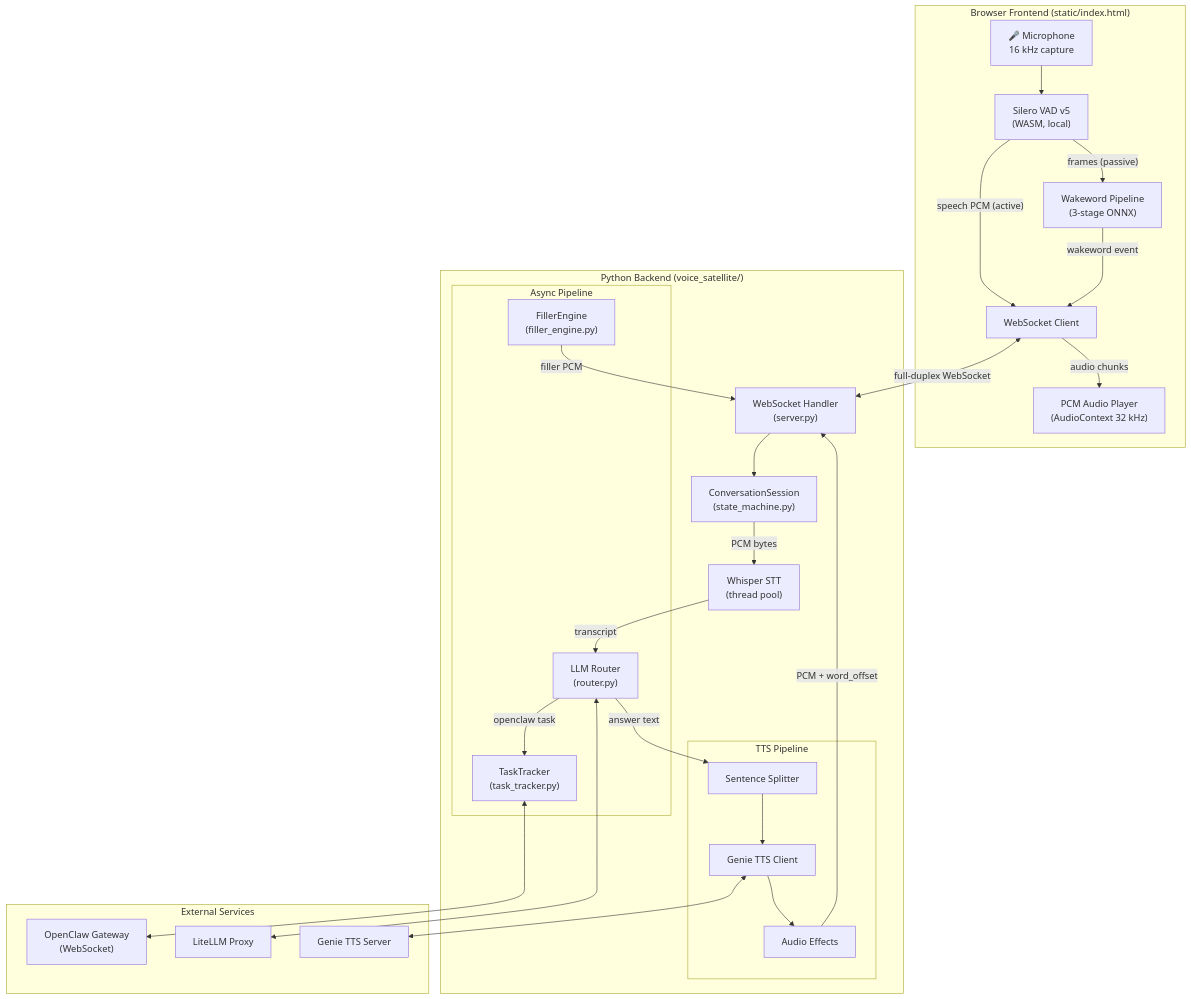
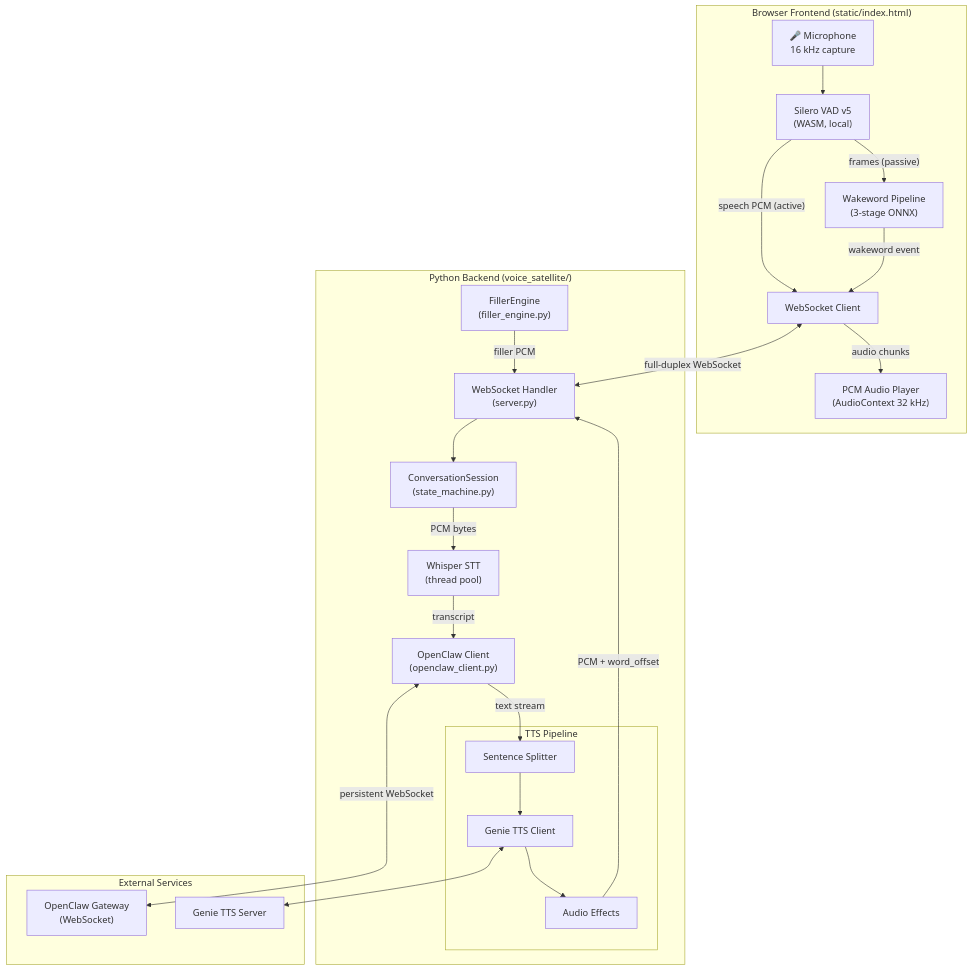
Before and after one commit to aiden-isaac/vocascade: the first of 3 diagrams in specs/001-voice-satellite-core/plan.md, drawn with Mermaid. The commit also changed other lines of this file and 7 other files, not shown here.

First line of the commit message:
docs: update specs for OpenClaw-only backend and Phase 8 tasks

````diff
--- a/specs/001-voice-satellite-core/plan.md
+++ b/specs/001-voice-satellite-core/plan.md
@@ -126,46 +119,40 @@
 ```mermaid
 flowchart TB
     subgraph Frontend["Browser Frontend (static/index.html)"]
         MIC["🎤 Microphone<br/>16 kHz capture"]
         VAD["Silero VAD v5<br/>(WASM, local)"]
         WW["Wakeword Pipeline<br/>(3-stage ONNX)"]
         PLAYER["PCM Audio Player<br/>(AudioContext 32 kHz)"]
         WS_C["WebSocket Client"]
         MIC --> VAD
         VAD -->|"frames (passive)"| WW
         VAD -->|"speech PCM (active)"| WS_C
         WW -->|"wakeword event"| WS_C
         WS_C -->|"audio chunks"| PLAYER
     end
     subgraph Backend["Python Backend (voice_satellite/)"]
         WS_S["WebSocket Handler<br/>(server.py)"]
         SESSION["ConversationSession<br/>(state_machine.py)"]
         STT["Whisper STT<br/>(thread pool)"]
-        subgraph Pipeline["Async Pipeline"]
-            ROUTER["LLM Router<br/>(router.py)"]
-            FILLER["FillerEngine<br/>(filler_engine.py)"]
-            TRACKER["TaskTracker<br/>(task_tracker.py)"]
-        end
+        OC_CL["OpenClaw Client<br/>(openclaw_client.py)"]
+        FILLER["FillerEngine<br/>(filler_engine.py)"]
         subgraph TTS_P["TTS Pipeline"]
             SPLIT["Sentence Splitter"]
             GENIE["Genie TTS Client"]
             FX["Audio Effects"]
         end
         WS_S --> SESSION
         SESSION -->|"PCM bytes"| STT
-        STT -->|"transcript"| ROUTER
-        ROUTER -->|"answer text"| SPLIT
-        ROUTER -->|"openclaw task"| TRACKER
+        STT -->|"transcript"| OC_CL
+        OC_CL -->|"text stream"| SPLIT
         FILLER -->|"filler PCM"| WS_S
         SPLIT --> GENIE --> FX -->|"PCM + word_offset"| WS_S
     end
     subgraph External["External Services"]
         OC["OpenClaw Gateway<br/>(WebSocket)"]
-        LLM["LiteLLM Proxy"]
         TTS_SRV["Genie TTS Server"]
     end
     WS_C <-->|"full-duplex WebSocket"| WS_S
-    ROUTER <--> LLM
-    TRACKER <--> OC
+    OC_CL <-->|"persistent WebSocket"| OC
     GENIE <--> TTS_SRV
 ```
````
